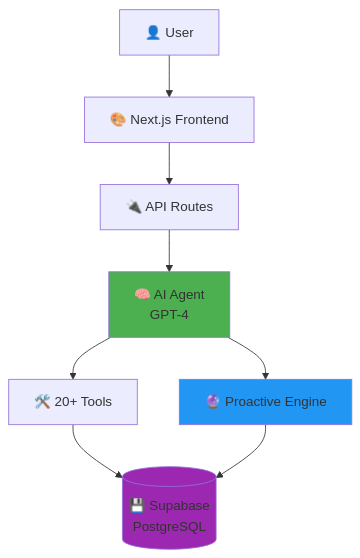
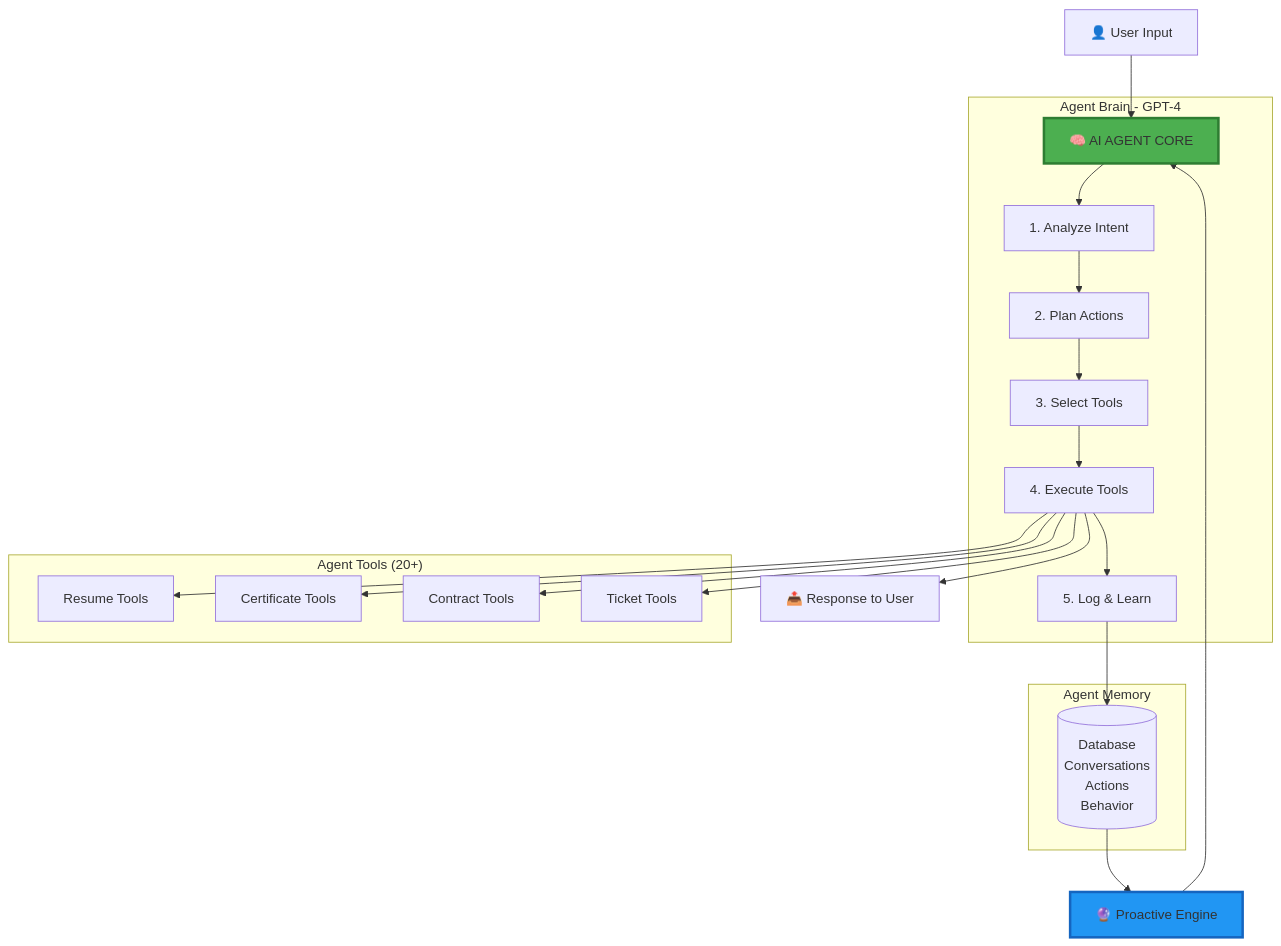
Before and after one commit to SaifAlotaibie/AgentX-New: the first of 2 diagrams in README.md, drawn with Mermaid. The commit also changed other lines of this file, not shown here.

First line of the commit message:
docs: Emphasize AI Agent architecture and capabilities

````diff
--- a/README.md
+++ b/README.md
@@ -48,14 +44,31 @@
 ```mermaid
 graph TB
-    User[👤 User] --> Frontend[🎨 Next.js Frontend]
-    Frontend --> API[🔌 API Routes]
-    API --> Agent[🧠 AI Agent<br/>GPT-4]
-    Agent --> Tools[🛠️ 20+ Tools]
-    Agent --> Proactive[🔮 Proactive Engine]
-    Tools --> DB[(💾 Supabase<br/>PostgreSQL)]
-    Proactive --> DB
+    User[👤 User Input] --> Agent[🧠 AI AGENT CORE]
     
-    style Agent fill:#4CAF50
-    style Proactive fill:#2196F3
-    style DB fill:#9C27B0
+    subgraph "Agent Brain - GPT-4"
+        Agent --> Analyze[1. Analyze Intent]
+        Analyze --> Plan[2. Plan Actions]
+        Plan --> Select[3. Select Tools]
+        Select --> Execute[4. Execute Tools]
+        Execute --> Learn[5. Log & Learn]
+    end
+    
+    subgraph "Agent Tools (20+)"
+        Execute --> ResumeTool[Resume Tools]
+        Execute --> CertTool[Certificate Tools]
+        Execute --> ContractTool[Contract Tools]
+        Execute --> TicketTool[Ticket Tools]
+    end
+    
+    subgraph "Agent Memory"
+        Learn --> DB[(Database<br/>Conversations<br/>Actions<br/>Behavior)]
+    end
+    
+    DB --> Proactive[🔮 Proactive Engine]
+    Proactive --> Agent
+    
+    Execute --> Response[📤 Response to User]
+    
+    style Agent fill:#4CAF50,stroke:#2E7D32,stroke-width:3px
+    style Proactive fill:#2196F3,stroke:#1565C0,stroke-width:3px
 ```
````
